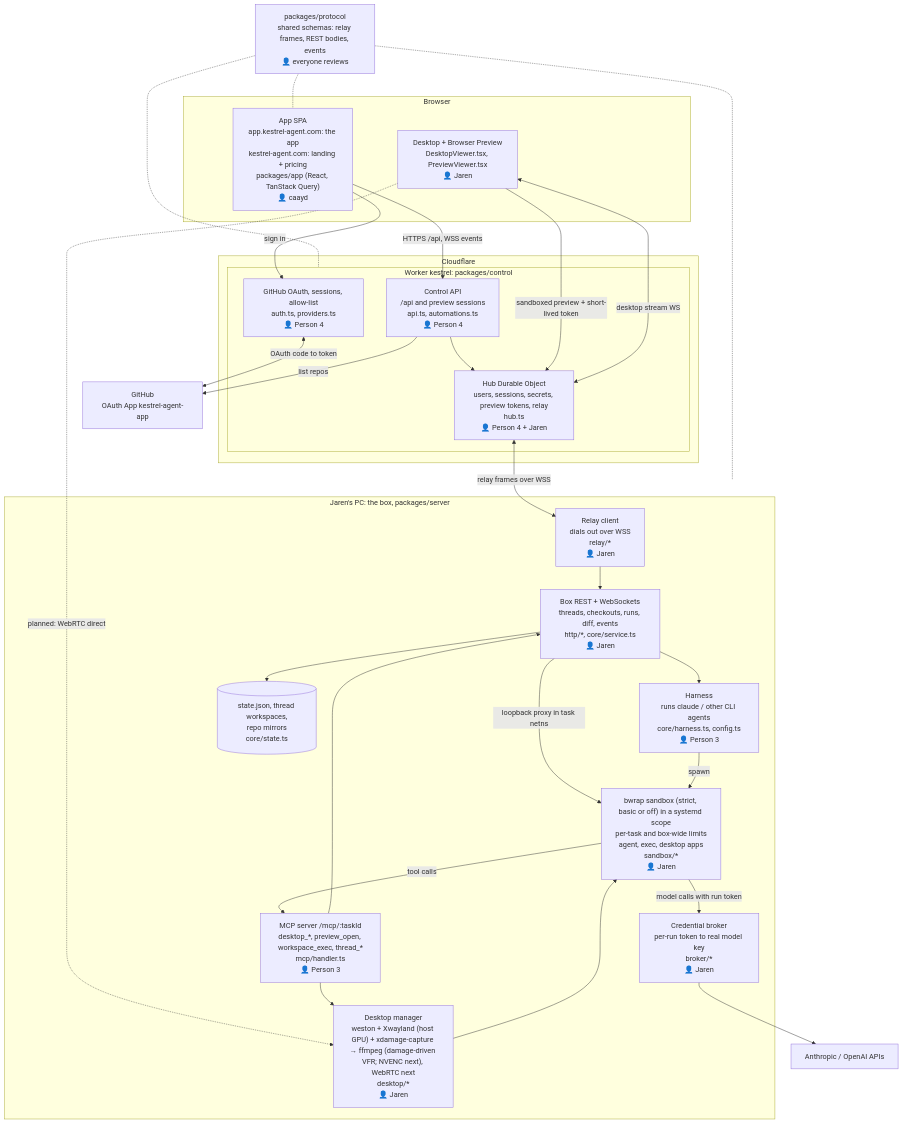
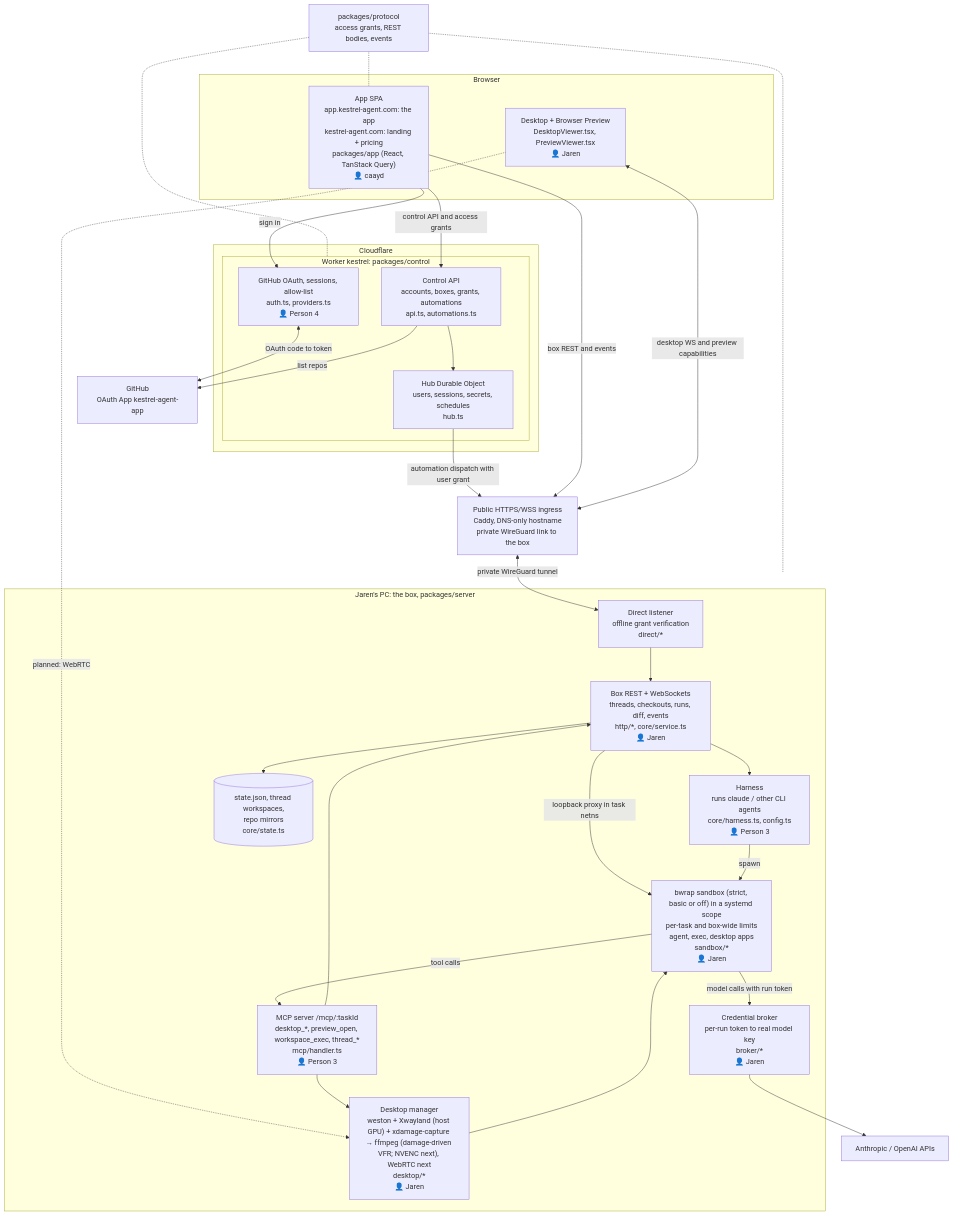
The diagram in docs/architecture.md (jarenm1/kestrel), drawn with Mermaid before and after one commit. The commit also changed other lines of this file and 65 other files, not shown here.

Commit message:
Move managed-box traffic out of Durable Objects

````diff
--- a/docs/architecture.md
+++ b/docs/architecture.md
@@ -3,56 +3,58 @@
 ```mermaid
 flowchart TB
   subgraph Browser["Browser"]
     APP["App SPA<br/>app.kestrel-agent.com: the app<br/>kestrel-agent.com: landing + pricing<br/>packages/app (React, TanStack Query)<br/>👤 caayd"]
     VIEW["Desktop + Browser Preview<br/>DesktopViewer.tsx, PreviewViewer.tsx<br/>👤 Jaren"]
   end
 
   subgraph CF["Cloudflare"]
     subgraph CTRL["Worker kestrel: packages/control"]
       AUTH["GitHub OAuth, sessions, allow-list<br/>auth.ts, providers.ts<br/>👤 Person 4"]
-      API["Control API<br/>/api and preview sessions<br/>api.ts, automations.ts<br/>👤 Person 4"]
-      HUB["Hub Durable Object<br/>users, sessions, secrets, preview tokens, relay<br/>hub.ts<br/>👤 Person 4 + Jaren"]
+      API["Control API<br/>accounts, boxes, grants, automations<br/>api.ts, automations.ts"]
+      HUB["Hub Durable Object<br/>users, sessions, secrets, schedules<br/>hub.ts"]
     end
   end
 
   GH["GitHub<br/>OAuth App kestrel-agent-app"]
+  INGRESS["Public HTTPS/WSS ingress<br/>Caddy, DNS-only hostname<br/>private WireGuard link to the box"]
 
   subgraph PC["Jaren's PC: the box, packages/server"]
-    RELAY["Relay client<br/>dials out over WSS<br/>relay/*<br/>👤 Jaren"]
+    DIRECT["Direct listener<br/>offline grant verification<br/>direct/*"]
     REST["Box REST + WebSockets<br/>threads, checkouts, runs, diff, events<br/>http/*, core/service.ts<br/>👤 Jaren"]
     HARN["Harness<br/>runs claude / other CLI agents<br/>core/harness.ts, config.ts<br/>👤 Person 3"]
     MCP["MCP server /mcp/:taskId<br/>desktop_*, preview_open, workspace_exec, thread_*<br/>mcp/handler.ts<br/>👤 Person 3"]
     BROKER["Credential broker<br/>per-run token to real model key<br/>broker/*<br/>👤 Jaren"]
     SB["bwrap sandbox (strict, basic or off) in a systemd scope<br/>per-task and box-wide limits<br/>agent, exec, desktop apps<br/>sandbox/*<br/>👤 Jaren"]
     DESK["Desktop manager<br/>weston + Xwayland (host GPU) + xdamage-capture → ffmpeg (damage-driven VFR; NVENC next), WebRTC next<br/>desktop/*<br/>👤 Jaren"]
     STATE[("state.json, thread workspaces,<br/>repo mirrors<br/>core/state.ts")]
   end
 
   LLM["Anthropic / OpenAI APIs"]
 
-  APP -->|HTTPS /api, WSS events| API
+  APP -->|control API and access grants| API
   APP -->|sign in| AUTH
   AUTH <-->|OAuth code to token| GH
   API -->|list repos| GH
   API --> HUB
-  HUB <-->|relay frames over WSS| RELAY
-  VIEW -->|sandboxed preview + short-lived token| HUB
-  VIEW <-->|desktop stream WS| HUB
-  VIEW -.->|planned: WebRTC direct| DESK
-  RELAY --> REST
+  HUB -->|automation dispatch with user grant| INGRESS
+  APP -->|box REST and events| INGRESS
+  VIEW <-->|desktop WS and preview capabilities| INGRESS
+  INGRESS <-->|private WireGuard tunnel| DIRECT
+  DIRECT --> REST
+  VIEW -.->|planned: WebRTC| DESK
   REST -->|loopback proxy in task netns| SB
   REST --> HARN
   REST --> STATE
   HARN -->|spawn| SB
   SB -->|tool calls| MCP
   SB -->|model calls with run token| BROKER
   BROKER --> LLM
   MCP --> DESK
   MCP --> REST
   DESK --> SB
 
-  PROTO["packages/protocol<br/>shared schemas: relay frames, REST bodies, events<br/>👤 everyone reviews"]
+  PROTO["packages/protocol<br/>access grants, REST bodies, events"]
   PROTO -.- APP
   PROTO -.- CTRL
   PROTO -.- PC
 ```
````
